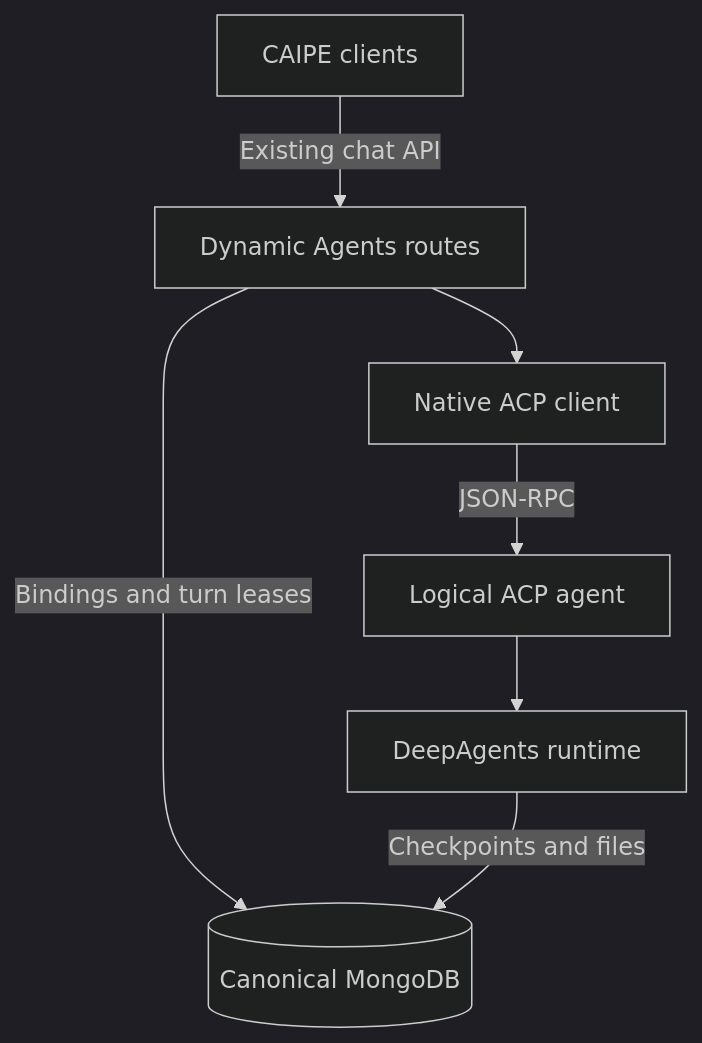
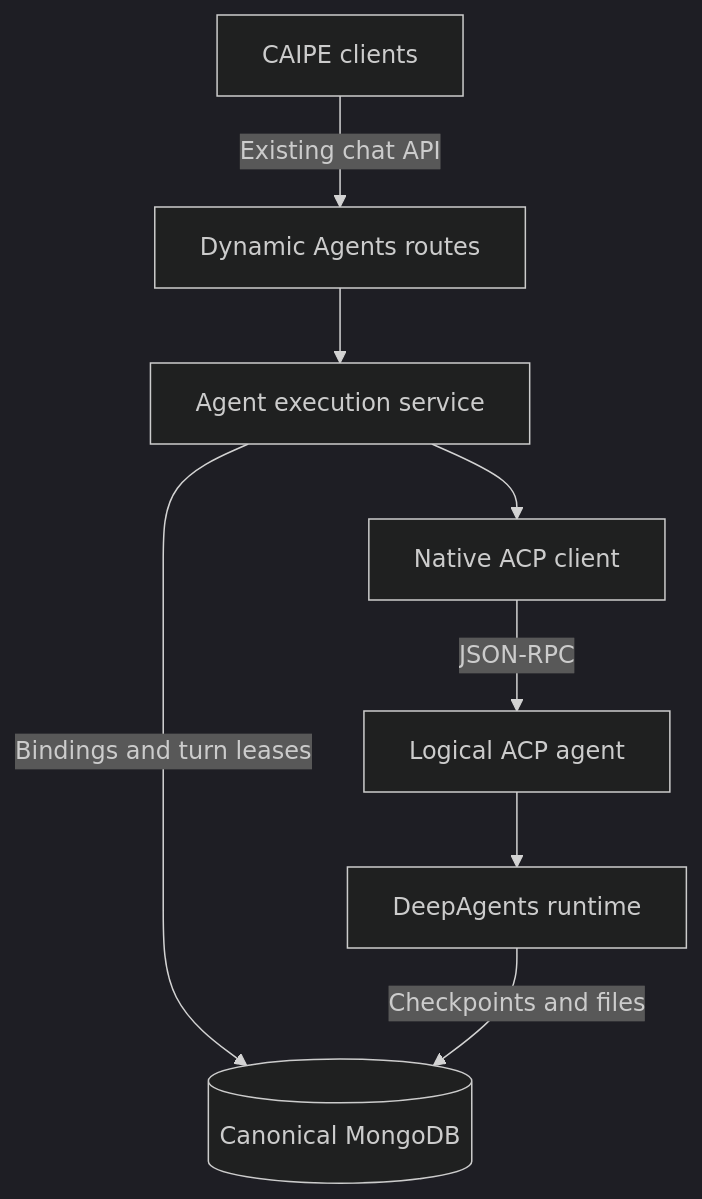
Before and after one commit to caipe-io/ai-platform-engineering: the diagram in docs/docs/architecture/native-acp-metaharness.md, drawn with Mermaid (dark theme). The commit also changed other lines of this file and 27 other files, not shown here.

First line of the commit message:
refactor(dynamic-agents): centralize native execution lifecycle

````diff
--- a/docs/docs/architecture/native-acp-metaharness.md
+++ b/docs/docs/architecture/native-acp-metaharness.md
@@ -14,9 +14,10 @@
 ```mermaid
 flowchart TB
   Clients[CAIPE clients] -->|Existing chat API| Routes[Dynamic Agents routes]
-  Routes --> Client[Native ACP client]
+  Routes --> Execution[Agent execution service]
+  Execution --> Client[Native ACP client]
   Client -->|JSON-RPC| Agent[Logical ACP agent]
   Agent --> Runtime[DeepAgents runtime]
-  Routes -->|Bindings and turn leases| DB[(Canonical MongoDB)]
+  Execution -->|Bindings and turn leases| DB[(Canonical MongoDB)]
   Runtime -->|Checkpoints and files| DB
 ```
````
